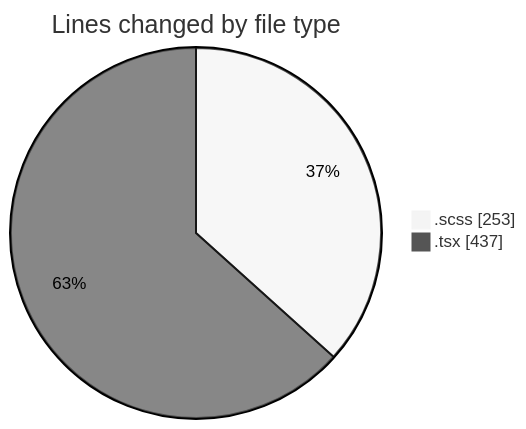
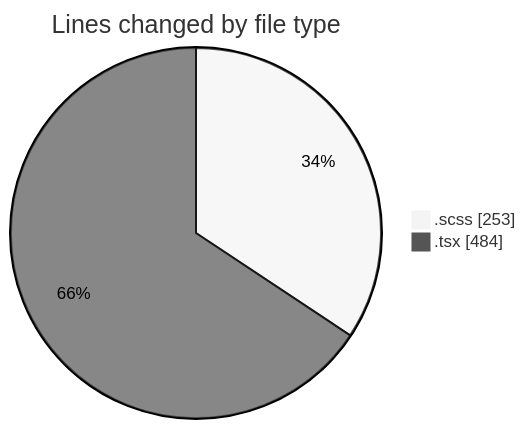
The first of 2 diagrams in 2025-08-28/cda/README.md (momahboobian/code-tracking), drawn with Mermaid (neutral theme) before and after one commit. The commit also changed other lines of this file and 1 other file, not shown here.

````diff
--- a/2025-08-28/cda/README.md
+++ b/2025-08-28/cda/README.md
@@ -22,6 +22,6 @@
 ```mermaid
 pie showData
 title Lines changed by file type
 ".scss" : 253
-".tsx" : 437
+".tsx" : 484
 ```
````
